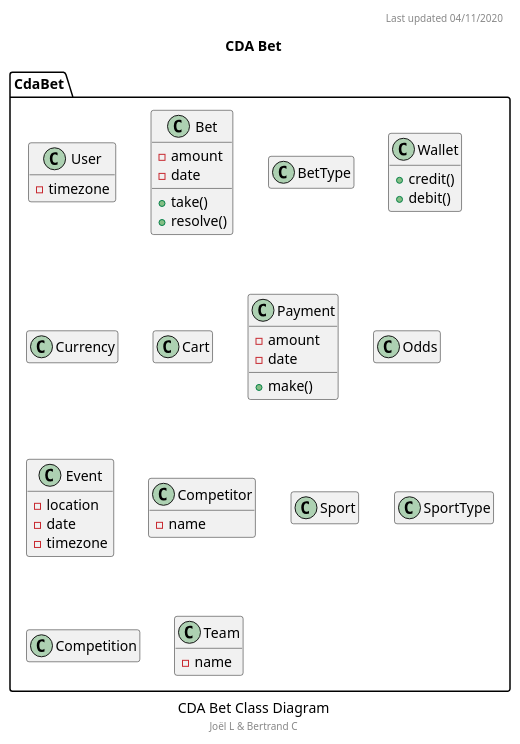
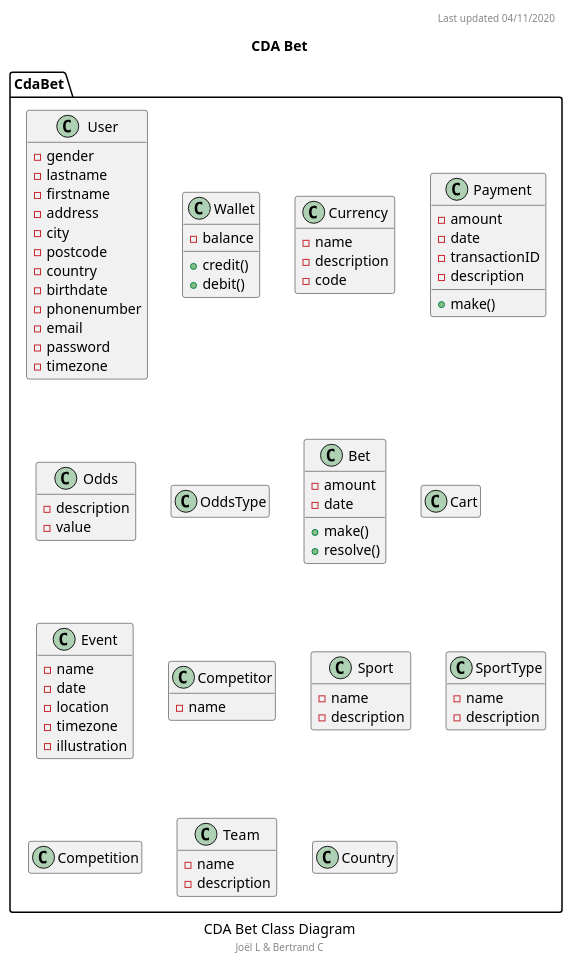
The first of 2 diagrams in docs/diagrams/src/CDA Bet.wsd (OFP-CDA-Mulhouse-2020/parisportif1), drawn with PlantUML before and after one commit. The commit also changed other lines of this file and 2 other files, not shown here.

Commit message:
Mind mapping added and class diagram update

```diff
--- a/docs/diagrams/src/CDA Bet.wsd
+++ b/docs/diagrams/src/CDA Bet.wsd
@@ -1,67 +1,95 @@
 @startuml "CDA Bet Class Diagram"
 hide empty members
 caption CDA Bet Class Diagram
 footer Joël L & Bertrand C
 header Last updated 04/11/2020
 title CDA Bet
 
 namespace CdaBet {
     class User {
+        -gender
+        -lastname
+        -firstname
+        -address
+        -city
+        -postcode
+        -country
+        -birthdate
+        -phonenumber
+        -email
+        -password
         -timezone
+    }
+
+    class Wallet {
+        -balance
+        +credit()
+        +debit()
+    }
+
+    class Currency {
+        -name
+        -description
+        -code
+    }
+
+    class Payment {
+        -amount
+        -date
+        -transactionID
+        -description
+        +make()
+    }
+
+    class Odds {
+        -description
+        -value
+    }
+
+    class OddsType {
     }
 
     class Bet {
         -amount
         -date
-        +take()
+        +make()
         +resolve()
-    }
-
-    class BetType {
-
-    }
-
-    class Wallet {
-        +credit()
-        +debit()
-    }
-
-    class Currency {
     }
 
     class Cart {
     }
 
-    class Payment {
-        -amount
+    class Event {
+        -name
         -date
-        +make()
-    }
-
-    class Odds {
-    }
-
-    class Event {
         -location
-        -date
         -timezone
+        -illustration
     }
 
     class Competitor {
         -name
     }
 
     class Sport {
+        -name
+        -description
     }
 
     class SportType {
+        -name
+        -description
     }
 
     class Competition {
     }
 
     class Team {
         -name
+        -description
+    }
+
+    class Country{
     }
 }
 @enduml
```
